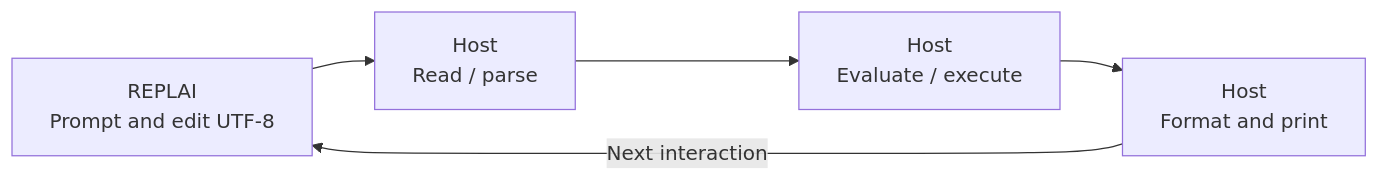
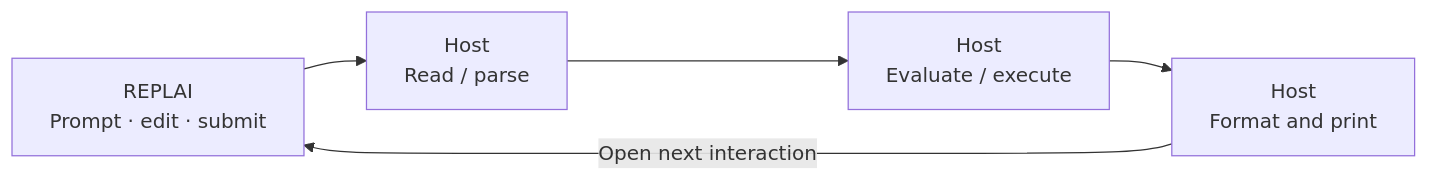
The diagram in README.md (mothx9/replia), drawn with Mermaid before and after one commit. The commit also changed other lines of this file, not shown here.

````diff
--- a/README.md
+++ b/README.md
@@ -35,7 +66,7 @@
 ```mermaid
 flowchart LR
-    edit["REPLAI<br/>Prompt and edit UTF-8"] --> read["Host<br/>Read / parse"]
+    edit["REPLAI<br/>Prompt · edit · submit"] --> read["Host<br/>Read / parse"]
     read --> evaluate["Host<br/>Evaluate / execute"]
     evaluate --> print["Host<br/>Format and print"]
-    print -->|Next interaction| edit
+    print -->|Open next interaction| edit
 ```
````
